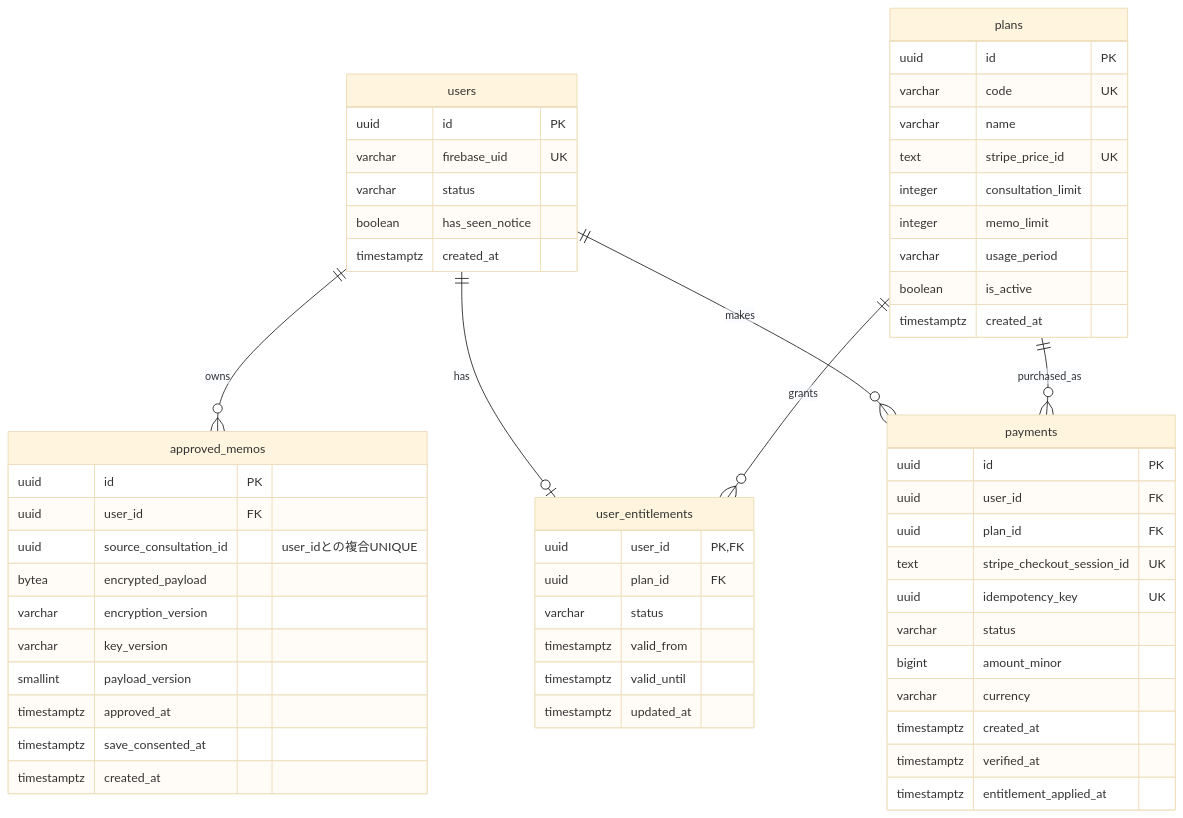
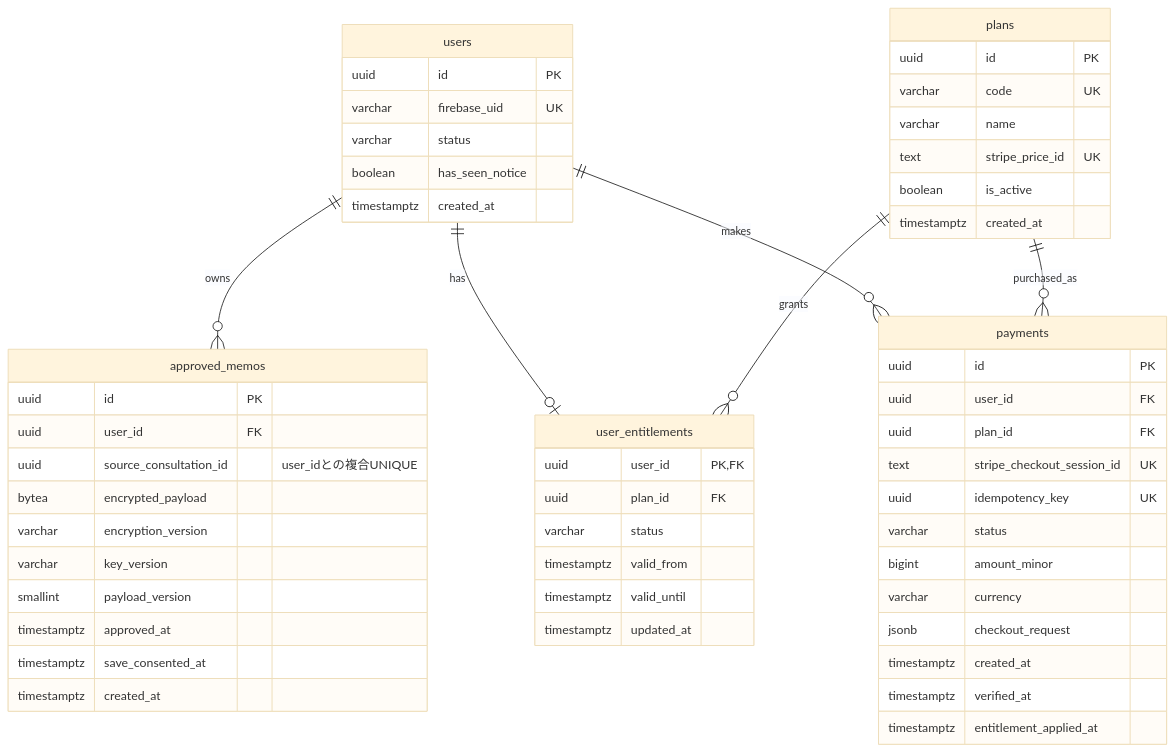
One commit to ms-engineer-bc26-05/Section9_TeamD changed the diagram in docs/db-design.md. Above: the diagram before and after it, drawn with Mermaid (base theme). The commit also changed other lines of this file and 32 other files, not shown here.

````diff
--- a/docs/db-design.md
+++ b/docs/db-design.md
@@ -383,64 +395,62 @@
 ```mermaid
 erDiagram
     users ||--o{ approved_memos : owns
     users ||--o| user_entitlements : has
     plans ||--o{ user_entitlements : grants
     users ||--o{ payments : makes
     plans ||--o{ payments : purchased_as
 
     users {
         uuid id PK
         varchar firebase_uid UK
         varchar status
         boolean has_seen_notice
         timestamptz created_at
     }
 
     approved_memos {
         uuid id PK
         uuid user_id FK
         uuid source_consultation_id "user_idとの複合UNIQUE"
         bytea encrypted_payload
         varchar encryption_version
         varchar key_version
         smallint payload_version
         timestamptz approved_at
         timestamptz save_consented_at
         timestamptz created_at
     }
 
     plans {
         uuid id PK
         varchar code UK
         varchar name
         text stripe_price_id UK
-        integer consultation_limit
-        integer memo_limit
-        varchar usage_period
         boolean is_active
         timestamptz created_at
     }
 
     user_entitlements {
         uuid user_id PK, FK
         uuid plan_id FK
         varchar status
         timestamptz valid_from
         timestamptz valid_until
         timestamptz updated_at
     }
 
     payments {
         uuid id PK
         uuid user_id FK
         uuid plan_id FK
         text stripe_checkout_session_id UK
         uuid idempotency_key UK
         varchar status
         bigint amount_minor
         varchar currency
+        jsonb checkout_request
         timestamptz created_at
         timestamptz verified_at
         timestamptz entitlement_applied_at
     }
 ```
````
